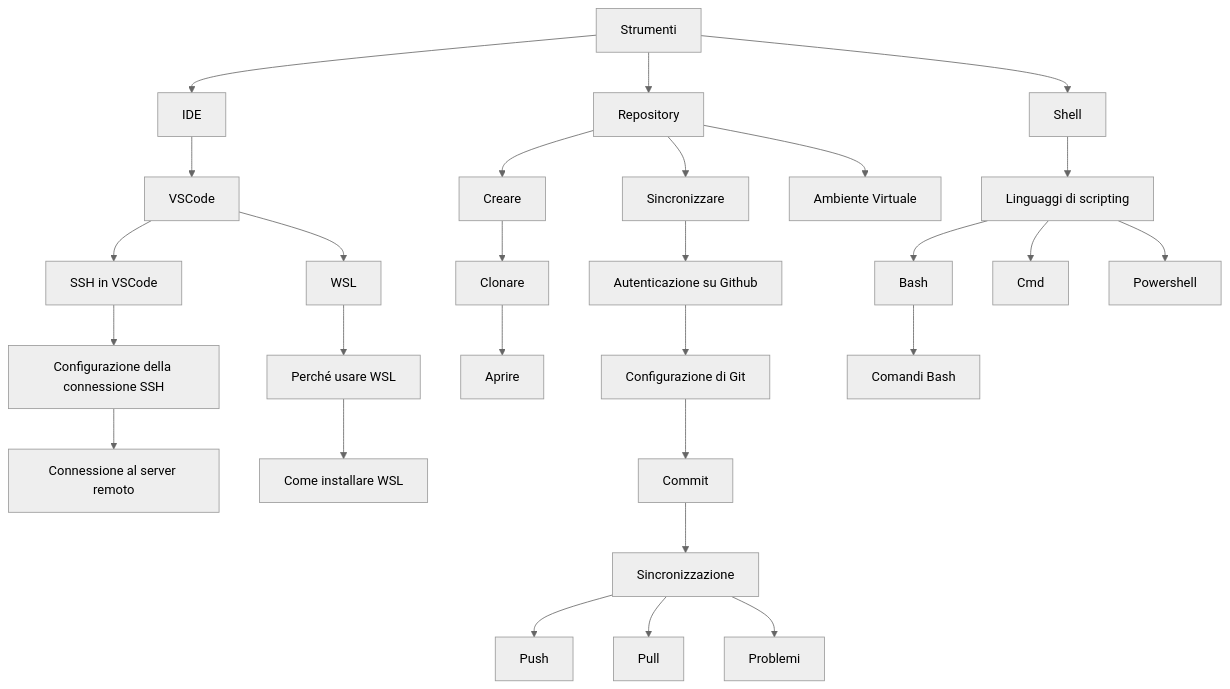
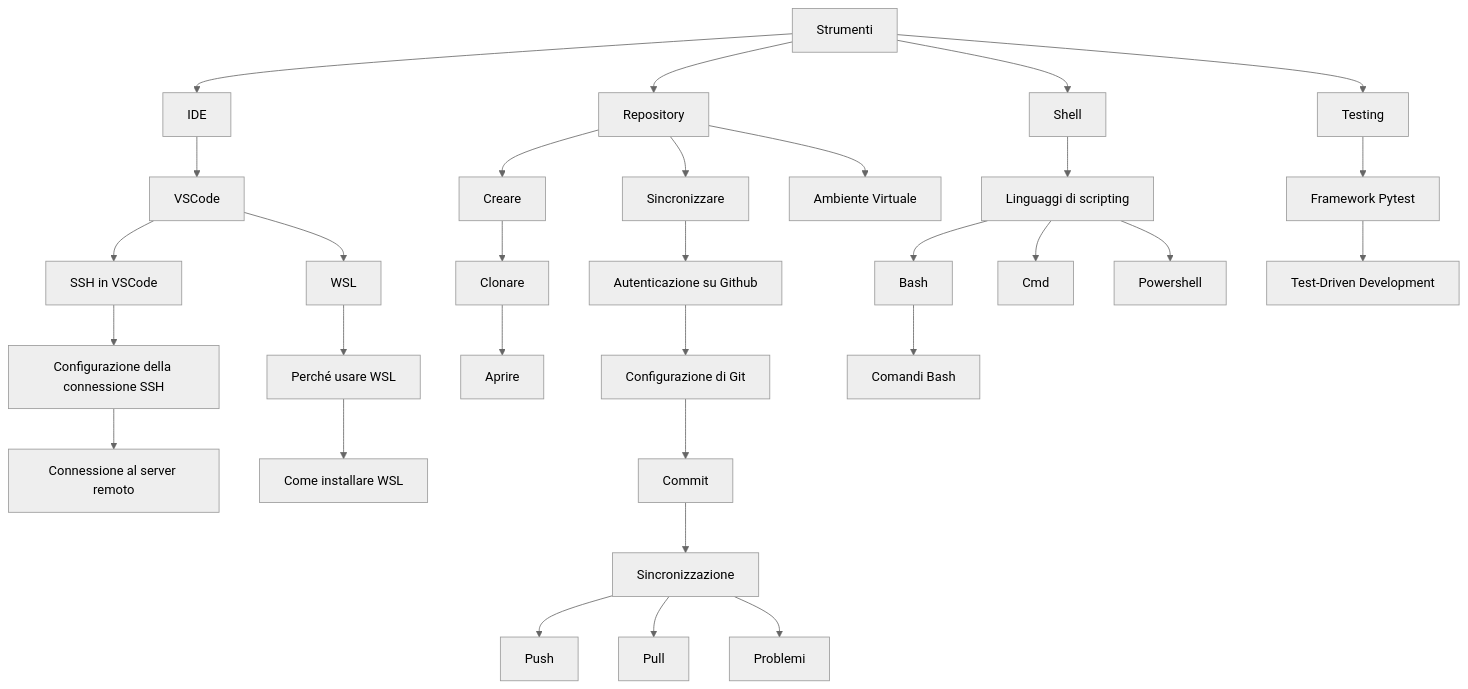
Before and after one commit to angelogalantiscuola/IT: the diagram in tools/_percorso_tools.md, drawn with Mermaid (neutral theme). The commit also changed 4 other files, not shown here.

````diff
--- a/tools/_percorso_tools.md
+++ b/tools/_percorso_tools.md
@@ -3,44 +3,49 @@
 ```mermaid
 graph TD
     A[Strumenti]
     A --> B[IDE]
     A --> C[Repository]
 
-    B[IDE] 
+    B[IDE]
     B --> D[VSCode]
 
-    D[VSCode] 
-    D --> E[WSL] 
-    D --> F[SSH in VSCode] 
+    D[VSCode]
+    D --> E[WSL]
+    D --> F[SSH in VSCode]
     F --> G[Configurazione della connessione SSH]
     G --> H[Connessione al server remoto]
 
-    E[WSL] 
+    E[WSL]
     E --> I[Perché usare WSL]
     I --> J[Come installare WSL]
 
-    C[Repository] 
+    C[Repository]
     C --> K[Creare]
     K --> L[Clonare]
     L --> M[Aprire]
     C --> N[Sincronizzare]
     C --> O[Ambiente Virtuale]
 
-    N[Sincronizzare] 
+    N[Sincronizzare]
     N --> P[Autenticazione su Github]
     P --> Q[Configurazione di Git]
     Q --> R[Commit]
     R --> S[Sincronizzazione]
     S --> T[Push]
     S --> U[Pull]
     S --> V[Problemi]
 
-    W[Shell] 
+    W[Shell]
     A --> W[Shell]
     W --> X[Linguaggi di scripting]
     X --> Y[Bash]
     X --> Z[Cmd]
     X --> AA[Powershell]
     Y --> AB[Comandi Bash]
 
+    AL[Testing]
+    A --> AL[Testing]
+    AL --> AE[Framework Pytest]
+    AE --> AH[Test-Driven Development]
+
 ```
````
